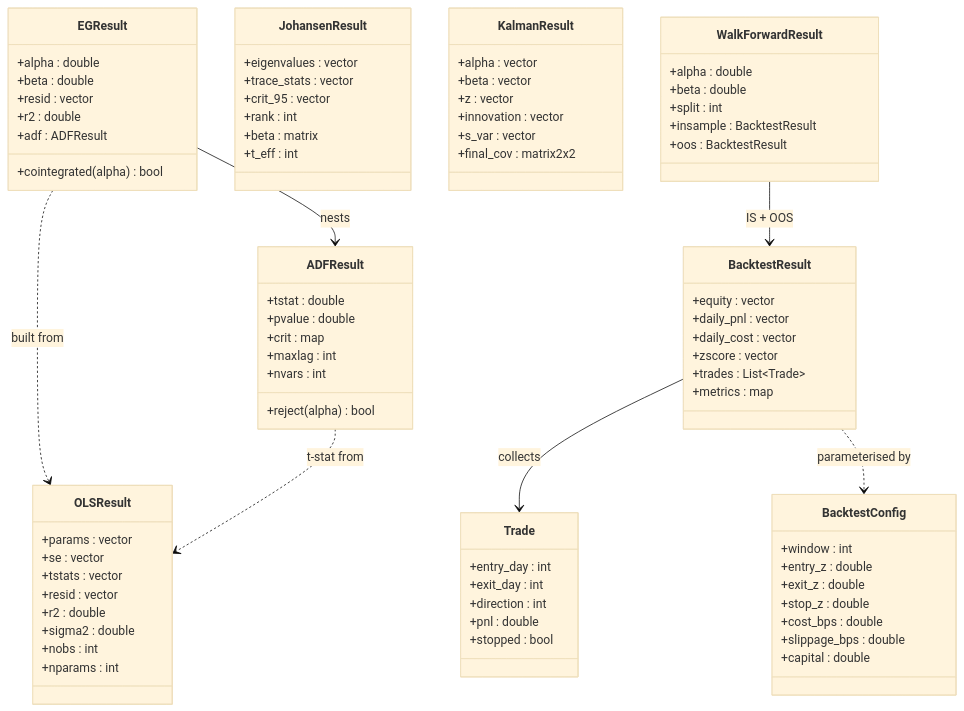
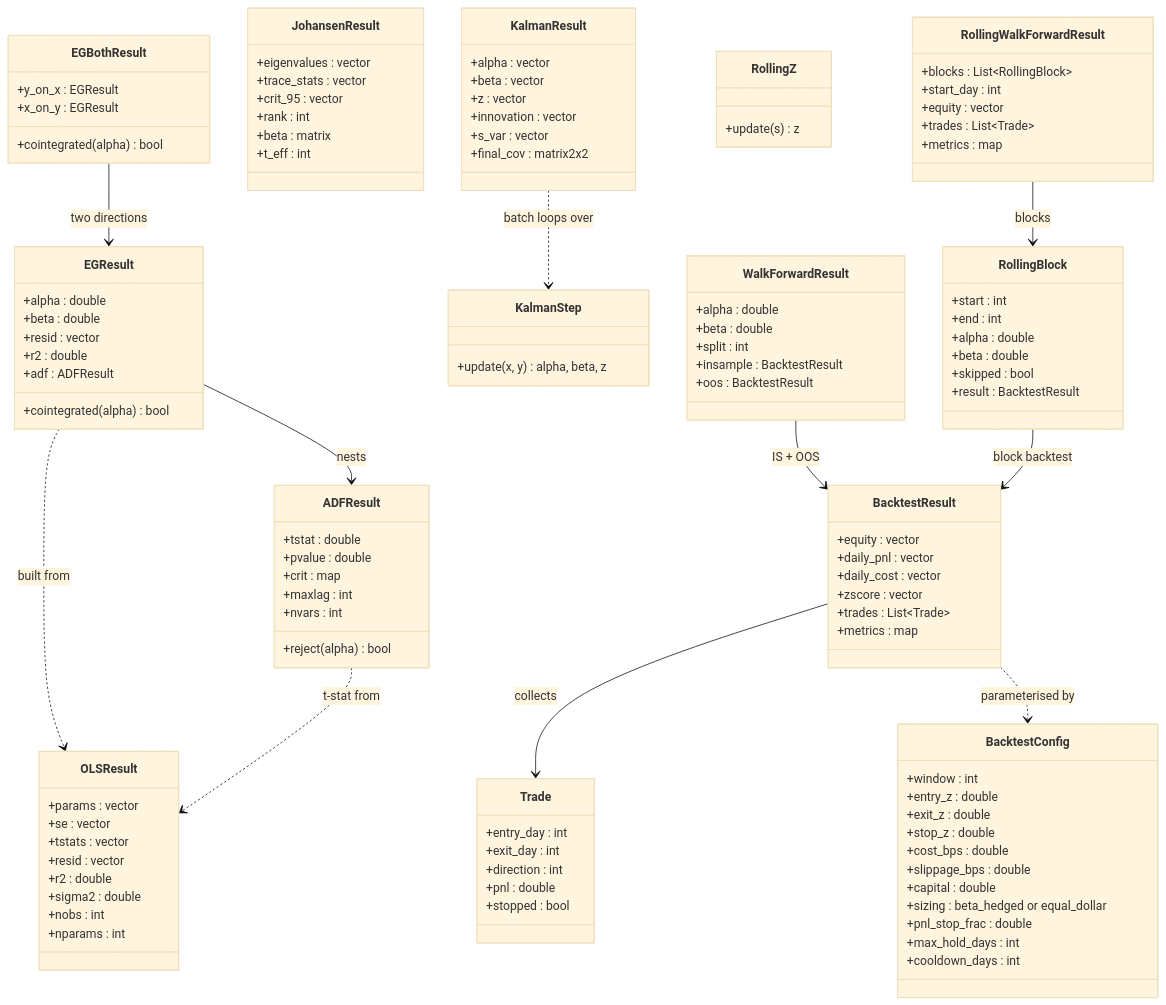
The diagram in docs/diagrams/types.mmd (AshJha0/statistical-arbitrage), drawn with Mermaid (base theme) before and after one commit. The commit also changed 87 other files, not shown here.

```diff
--- a/docs/diagrams/types.mmd
+++ b/docs/diagrams/types.mmd
@@ -1,80 +1,114 @@
 classDiagram
     class OLSResult {
         +params : vector
         +se : vector
         +tstats : vector
         +resid : vector
         +r2 : double
         +sigma2 : double
         +nobs : int
         +nparams : int
     }
     class ADFResult {
         +tstat : double
         +pvalue : double
         +crit : map
         +maxlag : int
         +nvars : int
         +reject(alpha) bool
     }
     class EGResult {
         +alpha : double
         +beta : double
         +resid : vector
         +r2 : double
         +adf : ADFResult
         +cointegrated(alpha) bool
     }
+    class EGBothResult {
+        +y_on_x : EGResult
+        +x_on_y : EGResult
+        +cointegrated(alpha) bool
+    }
     class JohansenResult {
         +eigenvalues : vector
         +trace_stats : vector
         +crit_95 : vector
         +rank : int
         +beta : matrix
         +t_eff : int
     }
     class KalmanResult {
         +alpha : vector
         +beta : vector
         +z : vector
         +innovation : vector
         +s_var : vector
         +final_cov : matrix2x2
     }
+    class KalmanStep {
+        +update(x, y) alpha, beta, z
+    }
+    class RollingZ {
+        +update(s) z
+    }
     class BacktestConfig {
         +window : int
         +entry_z : double
         +exit_z : double
         +stop_z : double
         +cost_bps : double
         +slippage_bps : double
         +capital : double
+        +sizing : beta_hedged or equal_dollar
+        +pnl_stop_frac : double
+        +max_hold_days : int
+        +cooldown_days : int
     }
     class Trade {
         +entry_day : int
         +exit_day : int
         +direction : int
         +pnl : double
         +stopped : bool
     }
     class BacktestResult {
         +equity : vector
         +daily_pnl : vector
         +daily_cost : vector
         +zscore : vector
         +trades : List~Trade~
         +metrics : map
     }
     class WalkForwardResult {
         +alpha : double
         +beta : double
         +split : int
         +insample : BacktestResult
         +oos : BacktestResult
     }
+    class RollingBlock {
+        +start : int
+        +end : int
+        +alpha : double
+        +beta : double
+        +skipped : bool
+        +result : BacktestResult
+    }
+    class RollingWalkForwardResult {
+        +blocks : List~RollingBlock~
+        +start_day : int
+        +equity : vector
+        +trades : List~Trade~
+        +metrics : map
+    }
     EGResult --> ADFResult : nests
     EGResult ..> OLSResult : built from
     ADFResult ..> OLSResult : t-stat from
+    EGBothResult --> EGResult : two directions
     BacktestResult --> Trade : collects
     WalkForwardResult --> BacktestResult : IS + OOS
+    RollingWalkForwardResult --> RollingBlock : blocks
+    RollingBlock --> BacktestResult : block backtest
     BacktestResult ..> BacktestConfig : parameterised by
+    KalmanResult ..> KalmanStep : batch loops over
```
